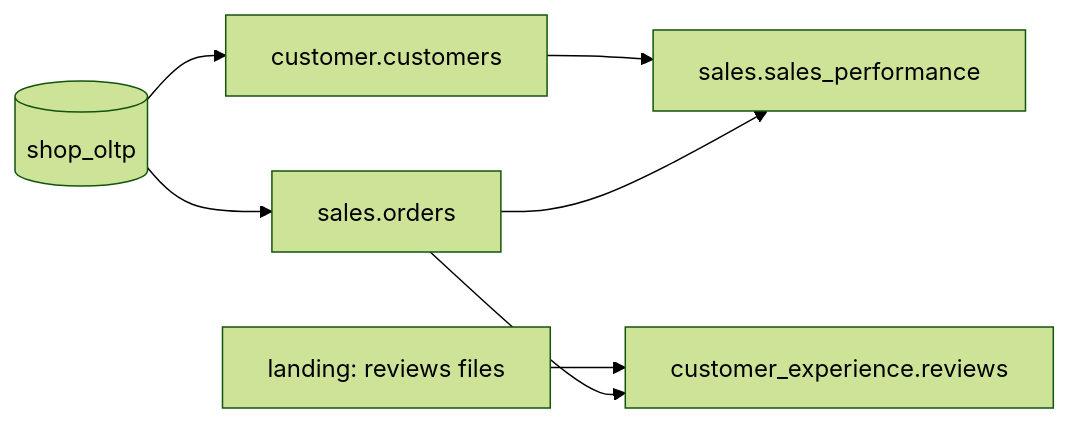
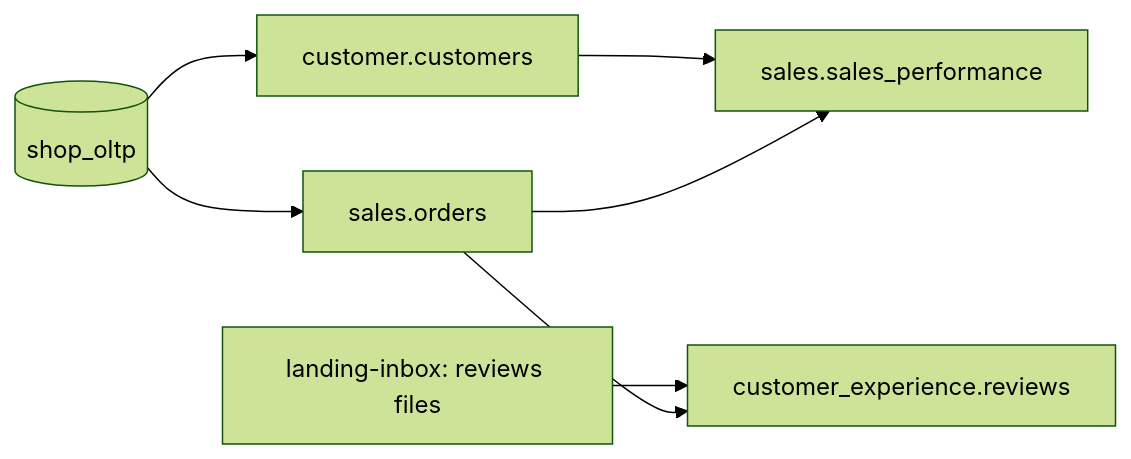
Before and after one commit to bonamim/data-governance-portfolio: the diagram in docs/proofs.md, drawn with Mermaid (forest theme). The commit also changed other lines of this file and 2 other files, not shown here.

First line of the commit message:
Proof P14: landing lifecycle end to end on the live platform

````diff
--- a/docs/proofs.md
+++ b/docs/proofs.md
@@ -21,9 +21,9 @@
 ```mermaid
 graph LR
     OLTP[("shop_oltp")] --> CUST["customer.customers"]
     OLTP --> ORD["sales.orders"]
-    S3["landing: reviews files"] --> REV["customer_experience.reviews"]
+    S3["landing-inbox: reviews files"] --> REV["customer_experience.reviews"]
     ORD --> REV
     CUST --> PERF["sales.sales_performance"]
     ORD --> PERF
 ```
````
